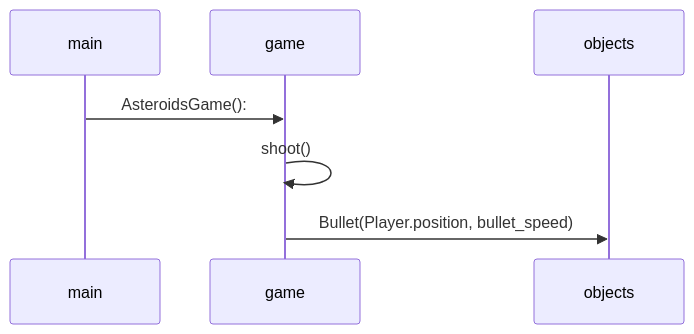
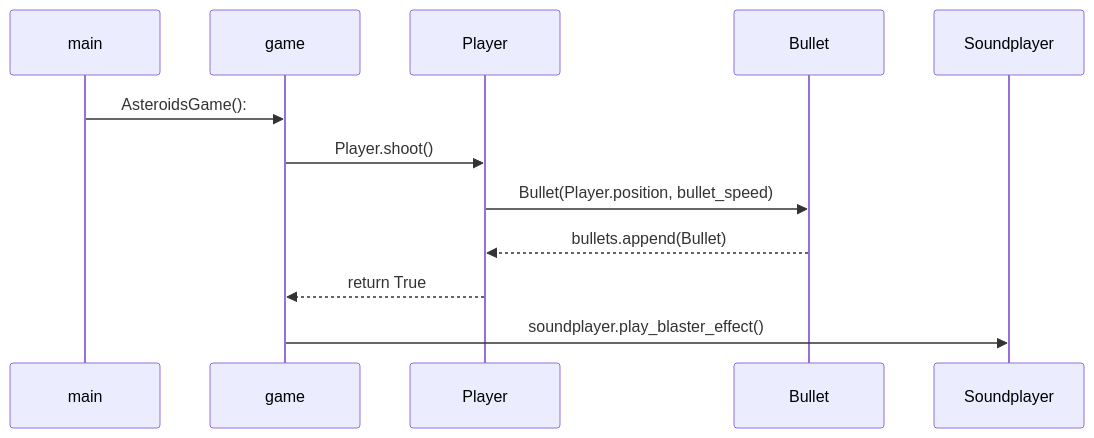
The second of 2 diagrams in asteroids/dokumentaatio/arkkitehtuuri.md (JuhoPaananen/ot-harjoitustyo), drawn with Mermaid before and after one commit. The commit also changed other lines of this file, not shown here.

````diff
--- a/asteroids/dokumentaatio/arkkitehtuuri.md
+++ b/asteroids/dokumentaatio/arkkitehtuuri.md
@@ -59,6 +99,9 @@
 ```mermaid
 sequenceDiagram
-main->>game: AsteroidsGame():
-game ->> game: shoot()
-game ->> objects: Bullet(Player.position, bullet_speed)
+main ->> game: AsteroidsGame():
+game ->> Player: Player.shoot()
+Player ->> Bullet: Bullet(Player.position, bullet_speed)
+Bullet -->> Player: bullets.append(Bullet)
+Player -->> game: return True
+game ->> Soundplayer: soundplayer.play_blaster_effect()
 ```
````
